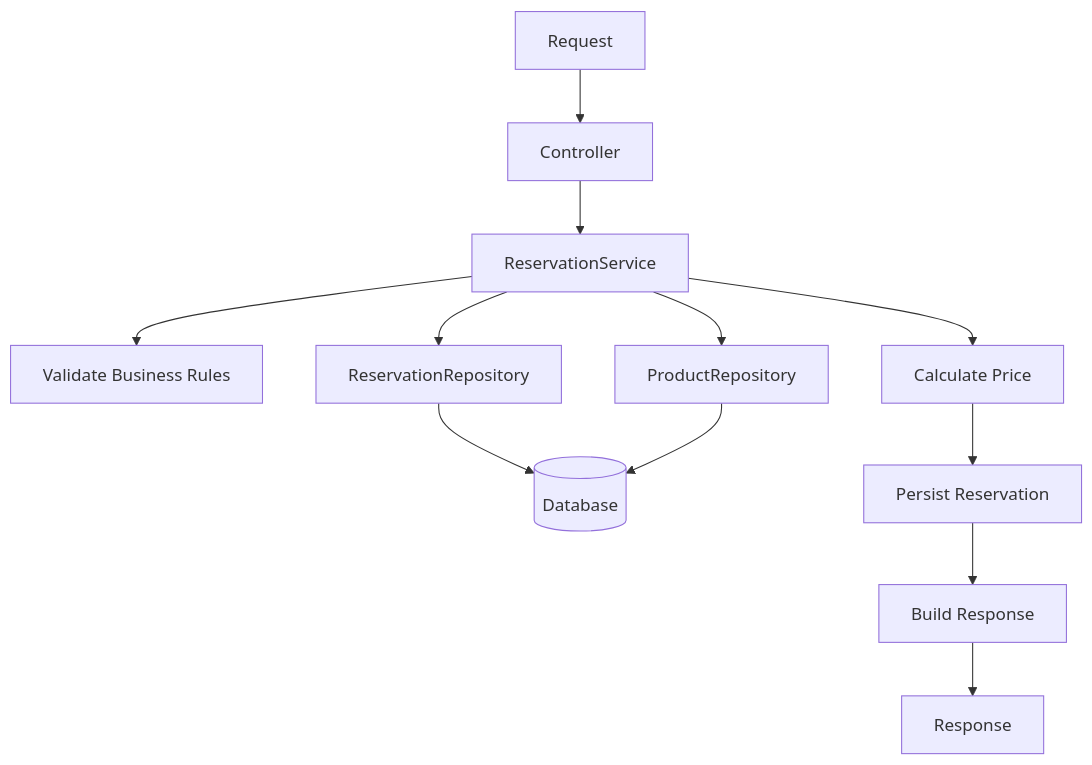
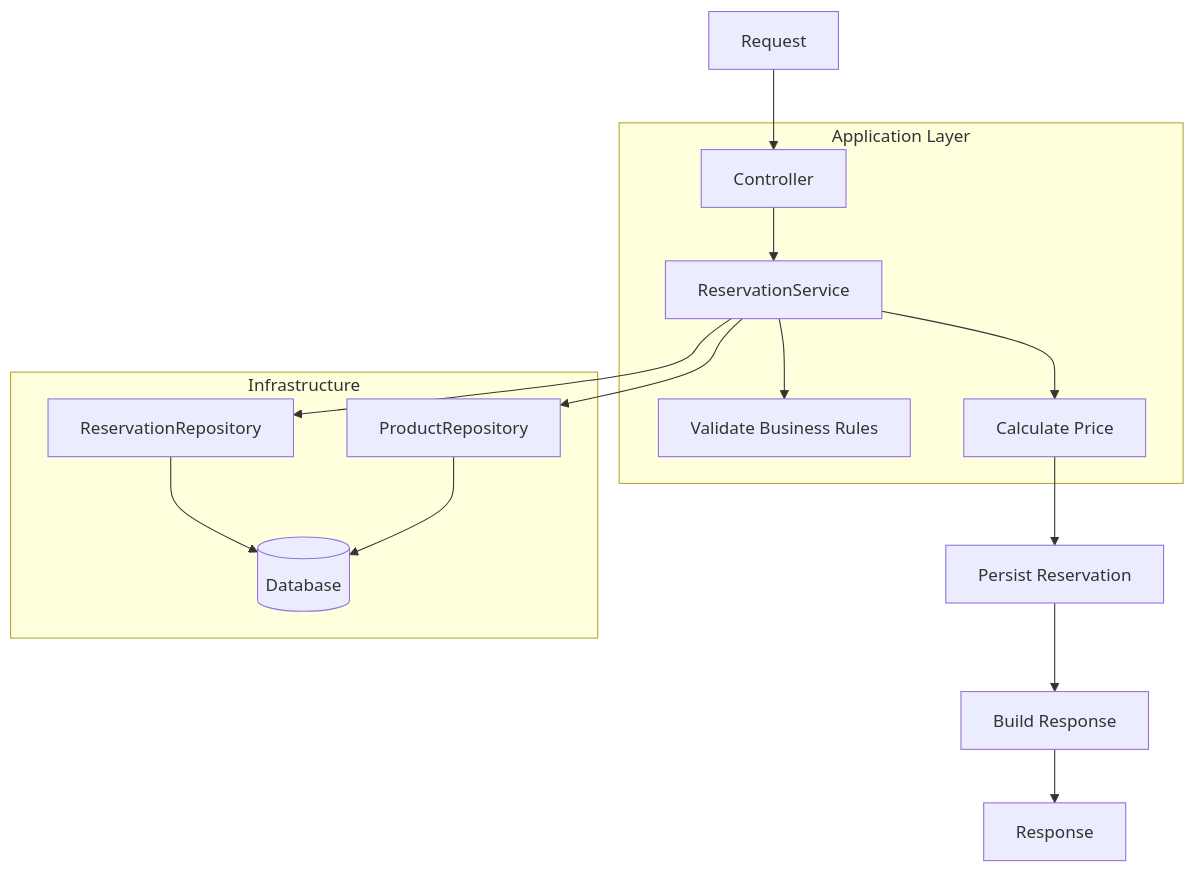
One commit to MMoza/reservations changed the third of 5 diagrams in README.md. Above: the diagram before and after it, drawn with Mermaid.

Commit message:
add layers to flowchart A02

````diff
--- a/README.md
+++ b/README.md
@@ -445,20 +445,26 @@
 ```mermaid
 flowchart TD
 
     A[Request] --> C[Controller]
 
-    C --> S[ReservationService]
+    %% Application Layer
+    subgraph Application Layer
+        C --> S[ReservationService]
+        S --> V[Validate Business Rules]
+        S --> P[Calculate Price]
+    end
 
-    S --> V[Validate Business Rules]
-    S --> R1[ReservationRepository]
-    S --> R2[ProductRepository]
+    %% Infrastructure Layer
+    subgraph Infrastructure
+        S --> R1[ReservationRepository]
+        S --> R2[ProductRepository]
 
-    R1 --> DB[(Database)]
-    R2 --> DB
+        R1 --> DB[(Database)]
+        R2 --> DB
+    end
 
-    S --> P[Calculate Price]
+    %% Persist + Response
     P --> SAVE[Persist Reservation]
-
     SAVE --> F[Build Response]
     F --> RES[Response]
 ```
````
